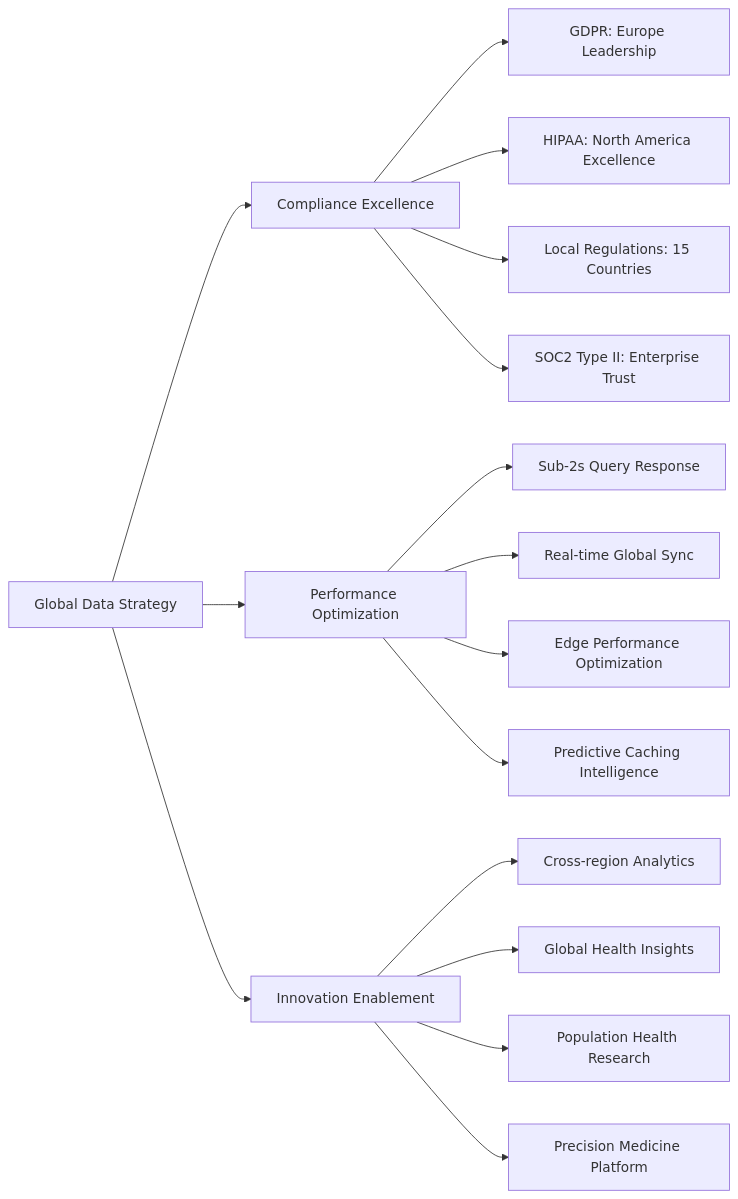
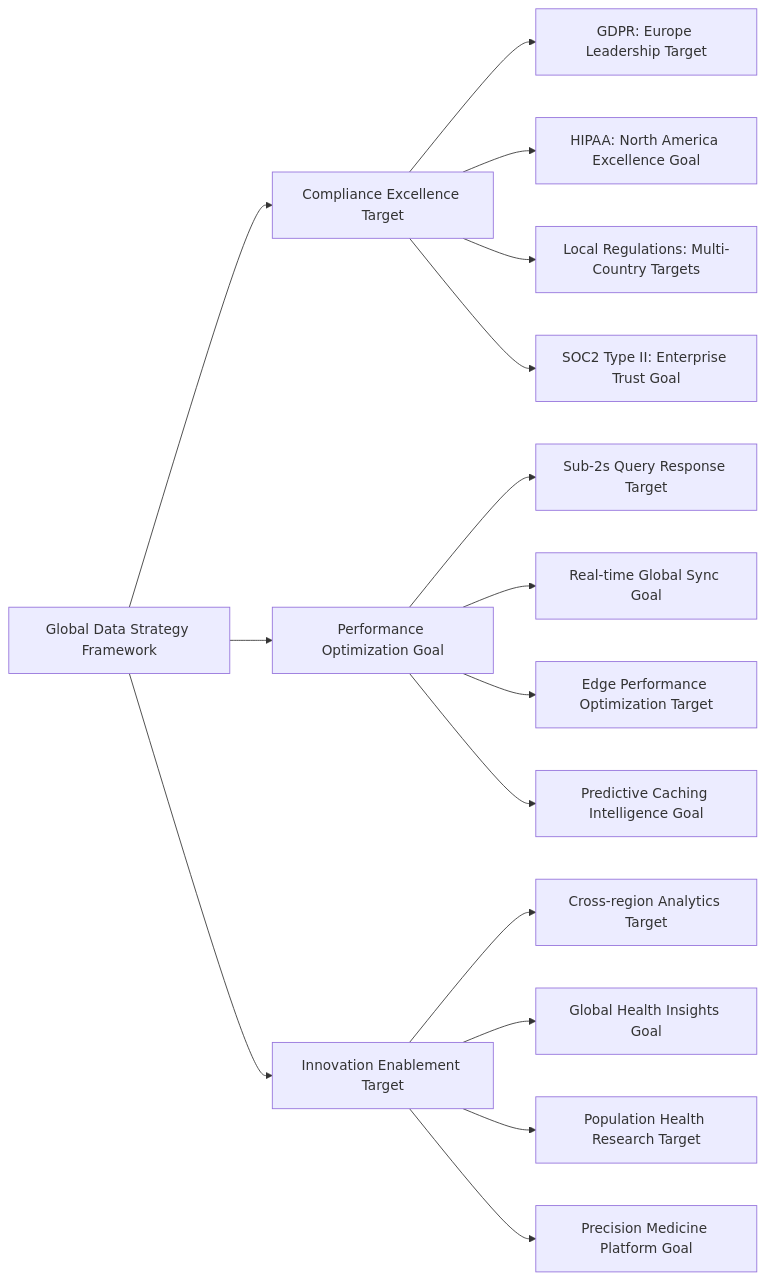
Before and after one commit to mydr24/book: the second of 5 diagrams in chapters/13-scaling-strategies.md, drawn with Mermaid. The commit also changed other lines of this file and 15 other files, not shown here.

````diff
--- a/chapters/13-scaling-strategies.md
+++ b/chapters/13-scaling-strategies.md
@@ -99,21 +101,21 @@
 ```mermaid
 graph LR
-    A[Global Data Strategy] --> B[Compliance Excellence]
-    A --> C[Performance Optimization] 
-    A --> D[Innovation Enablement]
+    A[Global Data Strategy Framework] --> B[Compliance Excellence Target]
+    A --> C[Performance Optimization Goal] 
+    A --> D[Innovation Enablement Target]
     
-    B --> B1[GDPR: Europe Leadership]
-    B --> B2[HIPAA: North America Excellence]
-    B --> B3[Local Regulations: 15 Countries]
-    B --> B4[SOC2 Type II: Enterprise Trust]
+    B --> B1[GDPR: Europe Leadership Target]
+    B --> B2[HIPAA: North America Excellence Goal]
+    B --> B3[Local Regulations: Multi-Country Targets]
+    B --> B4[SOC2 Type II: Enterprise Trust Goal]
     
-    C --> C1[Sub-2s Query Response]
-    C --> C2[Real-time Global Sync]
-    C --> C3[Edge Performance Optimization]
-    C --> C4[Predictive Caching Intelligence]
+    C --> C1[Sub-2s Query Response Target]
+    C --> C2[Real-time Global Sync Goal]
+    C --> C3[Edge Performance Optimization Target]
+    C --> C4[Predictive Caching Intelligence Goal]
     
-    D --> D1[Cross-region Analytics]
-    D --> D2[Global Health Insights]
-    D --> D3[Population Health Research]
-    D --> D4[Precision Medicine Platform]
+    D --> D1[Cross-region Analytics Target]
+    D --> D2[Global Health Insights Goal]
+    D --> D3[Population Health Research Target]
+    D --> D4[Precision Medicine Platform Goal]
 ```
````
